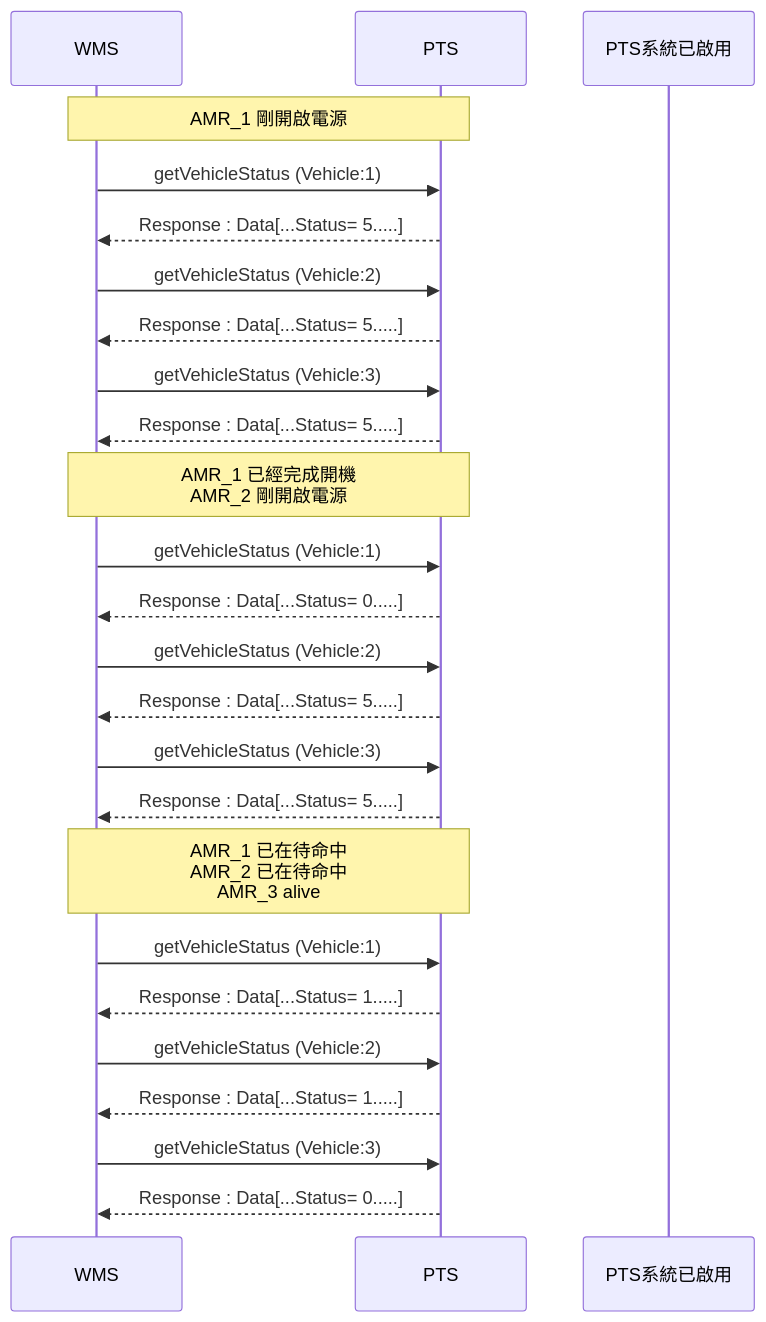
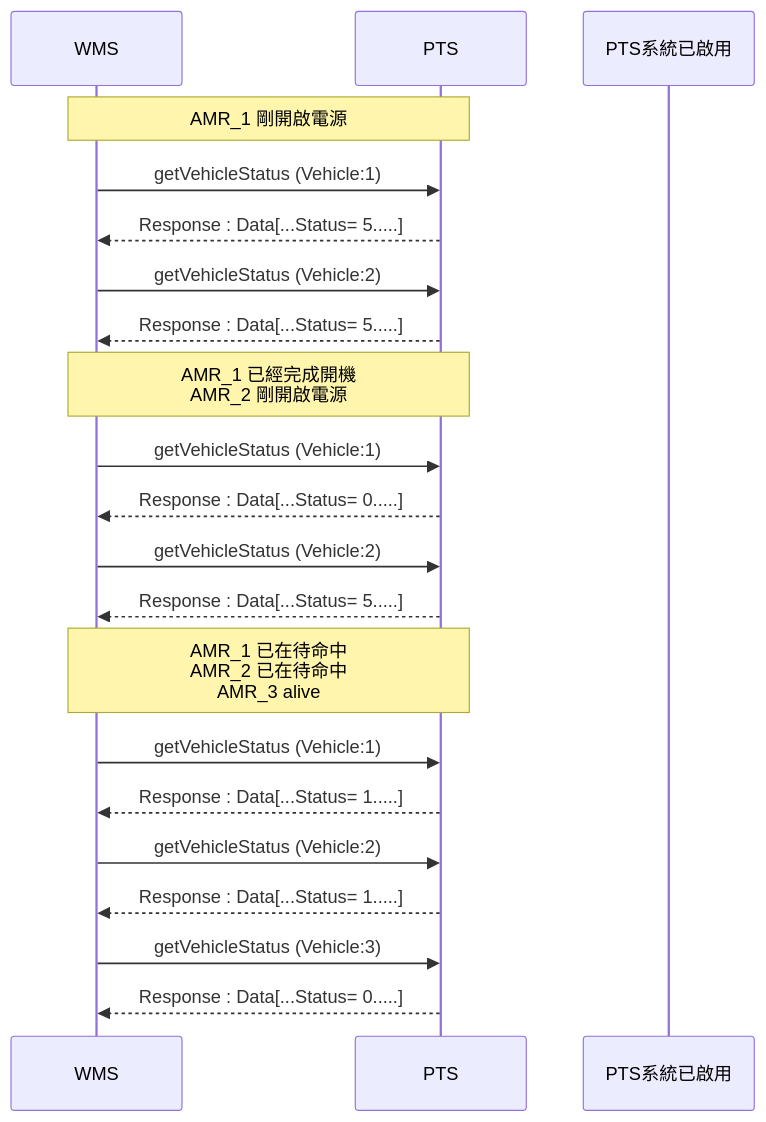
One commit to athena-tircgo/amr-wms-lsj changed the sixth of 10 diagrams in README.md. Above: the diagram before and after it, drawn with Mermaid. The commit also changed other lines of this file, not shown here.

````diff
--- a/README.md
+++ b/README.md
@@ -354,32 +360,28 @@
 ```mermaid
 sequenceDiagram
     participant WMS
     participant PTS
     participant PTS系統已啟用
     
     note over PTS,WMS: AMR_1 剛開啟電源
         WMS->>PTS:getVehicleStatus (Vehicle:1)
         PTS-->>WMS:Response : Data[...Status= 5.....]
         WMS->>PTS:getVehicleStatus (Vehicle:2)
         PTS-->>WMS:Response : Data[...Status= 5.....]
-        WMS->>PTS:getVehicleStatus (Vehicle:3)
-        PTS-->>WMS:Response : Data[...Status= 5.....]
 
     note over PTS,WMS: AMR_1 已經完成開機<br>AMR_2 剛開啟電源
         WMS->>PTS:getVehicleStatus (Vehicle:1)
         PTS-->>WMS:Response : Data[...Status= 0.....]
         WMS->>PTS:getVehicleStatus (Vehicle:2)
-        PTS-->>WMS:Response : Data[...Status= 5.....]
-        WMS->>PTS:getVehicleStatus (Vehicle:3)
         PTS-->>WMS:Response : Data[...Status= 5.....]
 
  　　note over PTS,WMS: AMR_1 已在待命中<br>AMR_2 已在待命中<br>AMR_3 alive
         WMS->>PTS:getVehicleStatus (Vehicle:1)
         PTS-->>WMS:Response : Data[...Status= 1.....]
         WMS->>PTS:getVehicleStatus (Vehicle:2)
         PTS-->>WMS:Response : Data[...Status= 1.....]
         WMS->>PTS:getVehicleStatus (Vehicle:3)
         PTS-->>WMS:Response : Data[...Status= 0.....]
 
 
 ```
````
